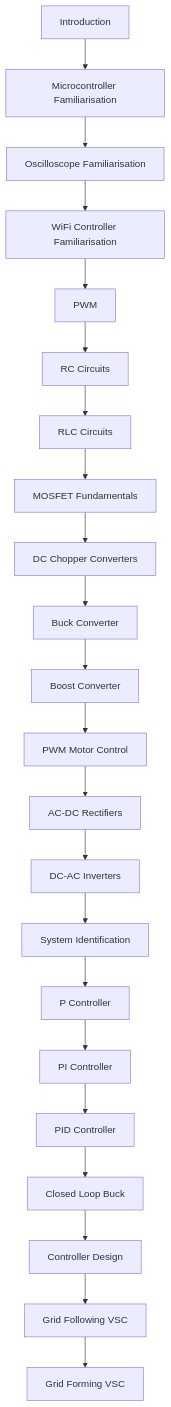
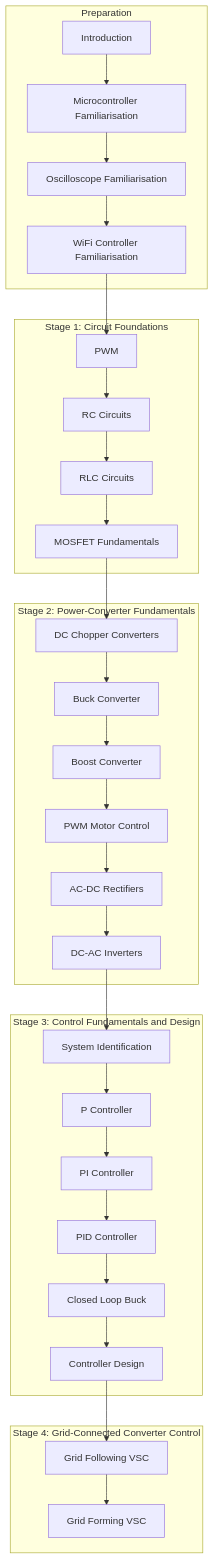
One commit to jaimetriv/power-electronics-and-control-training changed the diagram in docs/index.md. Above: the diagram before and after it, drawn with Mermaid. The commit also changed 19 other files, not shown here.

````diff
--- a/docs/index.md
+++ b/docs/index.md
@@ -91,46 +91,56 @@
 ```mermaid
 flowchart TD
 
+subgraph S0[Preparation]
 A[Introduction]
 --> A1[Microcontroller Familiarisation]
 
 A1 --> A2[Oscilloscope Familiarisation]
 
 A2 --> A3[WiFi Controller Familiarisation]
+end
 
+subgraph S1[Stage 1: Circuit Foundations]
 A3 --> B[PWM]
 
 B --> C[RC Circuits]
 
 C --> D[RLC Circuits]
 
 D --> E[MOSFET Fundamentals]
+end
 
+subgraph S2[Stage 2: Power-Converter Fundamentals]
 E --> F[DC Chopper Converters]
 
 F --> G[Buck Converter]
 
 G --> H[Boost Converter]
 
 H --> I[PWM Motor Control]
 
 I --> J[AC-DC Rectifiers]
 
 J --> K[DC-AC Inverters]
+end
 
+subgraph S3[Stage 3: Control Fundamentals and Design]
 K --> L[System Identification]
 
 L --> M[P Controller]
 
 M --> N[PI Controller]
 
 N --> O[PID Controller]
 
 O --> P[Closed Loop Buck]
 
 P --> Q[Controller Design]
+end
 
+subgraph S4[Stage 4: Grid-Connected Converter Control]
 Q --> R[Grid Following VSC]
 
 R --> S[Grid Forming VSC]
+end
 ```
````
